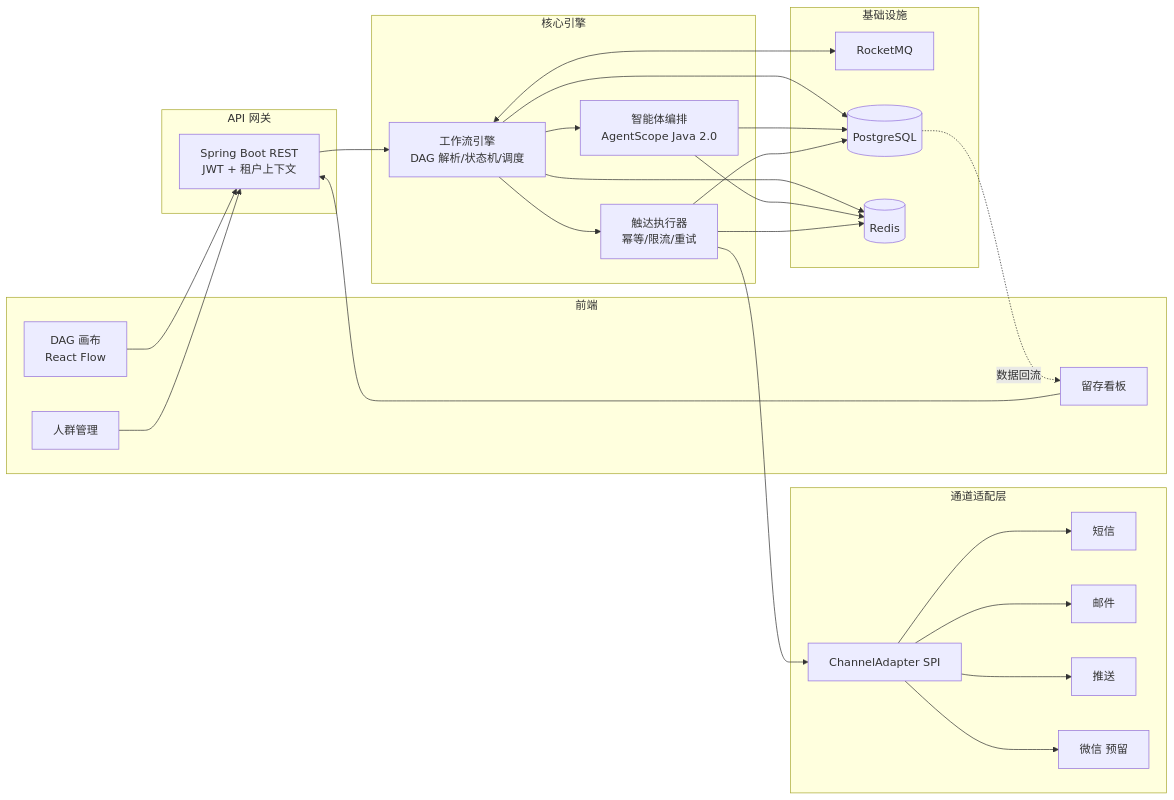
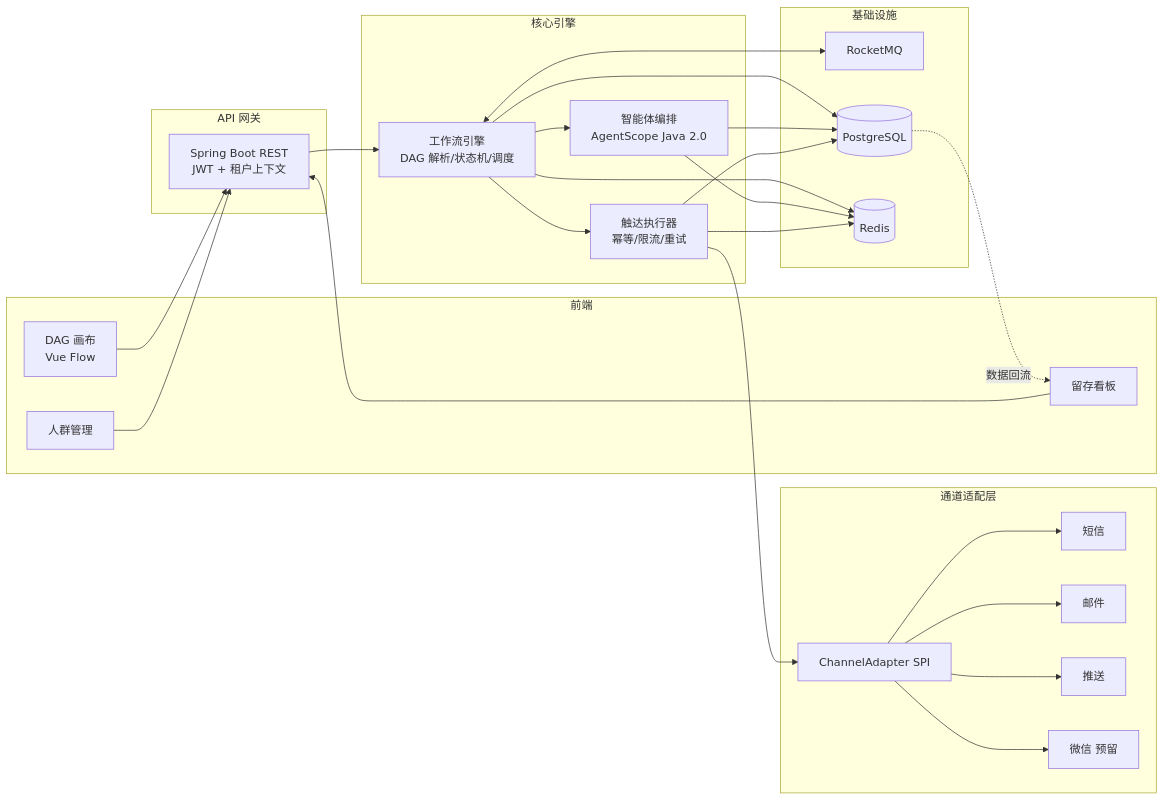
The diagram in docs/01-architecture.md (heheshang/ea-sys), drawn with Mermaid before and after one commit. The commit also changed 2 other files, not shown here.

Commit message:
docs: 前端栈定为 Vue 3 + TS + Element Plus(画布 Vue Flow)

````diff
--- a/docs/01-architecture.md
+++ b/docs/01-architecture.md
@@ -9,39 +9,39 @@
 ```mermaid
 flowchart LR
     subgraph 前端
-      Canvas[DAG 画布<br/>React Flow]
+      Canvas[DAG 画布<br/>Vue Flow]
       Audit[人群管理]
       Board[留存看板]
     end
     subgraph API 网关
       GW[Spring Boot REST<br/>JWT + 租户上下文]
     end
     subgraph 核心引擎
       WE[工作流引擎<br/>DAG 解析/状态机/调度]
       AG[智能体编排<br/>AgentScope Java 2.0]
       EX[触达执行器<br/>幂等/限流/重试]
     end
     subgraph 基础设施
       MQ[RocketMQ]
       PG[(PostgreSQL)]
       RD[(Redis)]
     end
     subgraph 通道适配层
       SPI[ChannelAdapter SPI]
       SMS[短信]
       MAIL[邮件]
       PUSH[推送]
       WX[微信 预留]
     end
     Canvas --> GW --> WE
     Audit --> GW
     Board --> GW
     WE --> AG
     WE <--> MQ
     WE --> EX
     EX --> SPI
     SPI --> SMS & MAIL & PUSH & WX
     WE & AG & EX --> PG
     WE & AG & EX --> RD
     PG -.数据回流.-> Board
 ```
````
